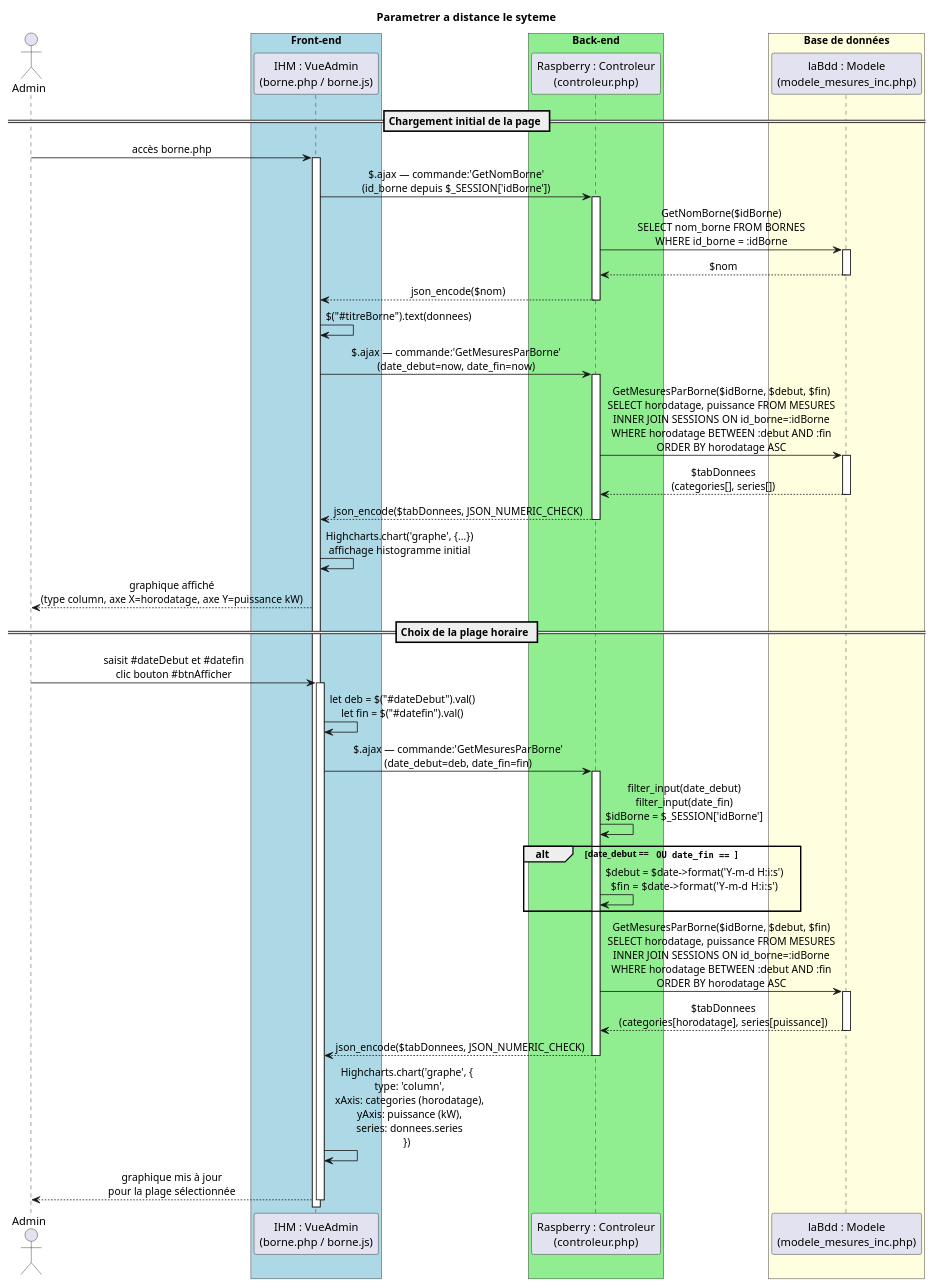
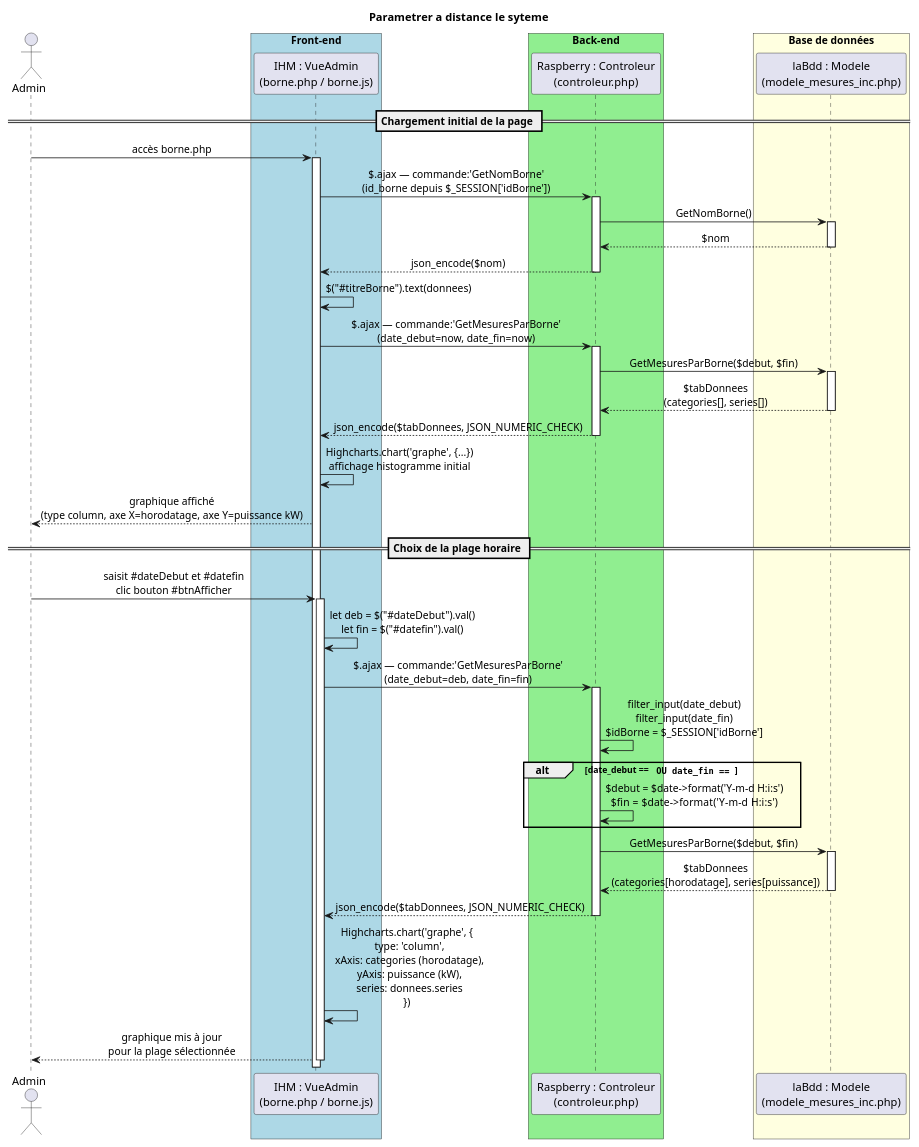
One commit to Corentinh2/PROJET_GESTIONNAIRE_DE_CHARGE changed the diagram in diagramme/affichage_graphique_plage_horaire.puml. Above: the diagram before and after it, drawn with PlantUML. The commit also changed 9 other files, not shown here.

```diff
--- a/diagramme/affichage_graphique_plage_horaire.puml
+++ b/diagramme/affichage_graphique_plage_horaire.puml
@@ -1,88 +1,88 @@
 @startuml Affichage_Graphique_Plage_Horaire
 
 title Parametrer a distance le syteme
 
 skinparam sequenceMessageAlign center
 skinparam responseMessageBelowArrow true
 
 actor Admin
 
 box "Front-end" #LightBlue
     participant "IHM : VueAdmin\n(borne.php / borne.js)" as VUE
 end box
 
 box "Back-end" #LightGreen
     participant "Raspberry : Controleur\n(controleur.php)" as CTRL
 end box
 
 box "Base de données" #LightYellow
     participant "laBdd : Modele\n(modele_mesures_inc.php)" as MODELE
 end box
 
 == Chargement initial de la page ==
 
 Admin -> VUE : accès borne.php
 activate VUE
 
 VUE -> CTRL : $.ajax — commande:'GetNomBorne'\n(id_borne depuis $_SESSION['idBorne'])
 activate CTRL
 
-CTRL -> MODELE : GetNomBorne($idBorne)\nSELECT nom_borne FROM BORNES\nWHERE id_borne = :idBorne
+CTRL -> MODELE : GetNomBorne()
 activate MODELE
 
 MODELE --> CTRL : $nom
 deactivate MODELE
 
 CTRL --> VUE : json_encode($nom)
 deactivate CTRL
 
 VUE -> VUE : $("#titreBorne").text(donnees)
 
 VUE -> CTRL : $.ajax — commande:'GetMesuresParBorne'\n(date_debut=now, date_fin=now)
 activate CTRL
 
-CTRL -> MODELE : GetMesuresParBorne($idBorne, $debut, $fin)\nSELECT horodatage, puissance FROM MESURES\nINNER JOIN SESSIONS ON id_borne=:idBorne\nWHERE horodatage BETWEEN :debut AND :fin\nORDER BY horodatage ASC
+CTRL -> MODELE : GetMesuresParBorne($debut, $fin)
 activate MODELE
 
 MODELE --> CTRL : $tabDonnees\n(categories[], series[])
 deactivate MODELE
 
 CTRL --> VUE : json_encode($tabDonnees, JSON_NUMERIC_CHECK)
 deactivate CTRL
 
 VUE -> VUE : Highcharts.chart('graphe', {...})\naffichage histogramme initial
 
 VUE --> Admin : graphique affiché\n(type column, axe X=horodatage, axe Y=puissance kW)
 
 == Choix de la plage horaire ==
 
 Admin -> VUE : saisit #dateDebut et #datefin\nclic bouton #btnAfficher
 activate VUE
 
 VUE -> VUE : let deb = $("#dateDebut").val()\nlet fin = $("#datefin").val()
 
 VUE -> CTRL : $.ajax — commande:'GetMesuresParBorne'\n(date_debut=deb, date_fin=fin)
 activate CTRL
 
 CTRL -> CTRL : filter_input(date_debut)\nfilter_input(date_fin)\n$idBorne = $_SESSION['idBorne']
 
 alt date_debut == "" OU date_fin == ""
     CTRL -> CTRL : $debut = $date->format('Y-m-d H:i:s')\n$fin   = $date->format('Y-m-d H:i:s')
 end
 
-CTRL -> MODELE : GetMesuresParBorne($idBorne, $debut, $fin)\nSELECT horodatage, puissance FROM MESURES\nINNER JOIN SESSIONS ON id_borne=:idBorne\nWHERE horodatage BETWEEN :debut AND :fin\nORDER BY horodatage ASC
+CTRL -> MODELE : GetMesuresParBorne($debut, $fin)
 activate MODELE
 
 MODELE --> CTRL : $tabDonnees\n(categories[horodatage], series[puissance])
 deactivate MODELE
 
 CTRL --> VUE : json_encode($tabDonnees, JSON_NUMERIC_CHECK)
 deactivate CTRL
 
 VUE -> VUE : Highcharts.chart('graphe', {\n  type: 'column',\n  xAxis: categories (horodatage),\n  yAxis: puissance (kW),\n  series: donnees.series\n})
 
 VUE --> Admin : graphique mis à jour\npour la plage sélectionnée
 
 deactivate VUE
 
 @enduml
```
